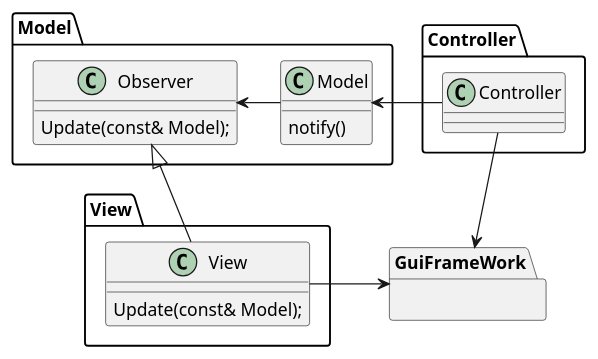
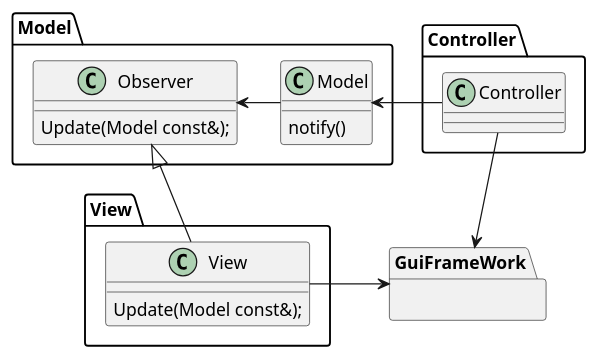
Before and after one commit to ichiroprogrammer/comprehensive_cpp: the diagram in plant_uml/arch_pkg_example.pu, drawn with PlantUML. The commit also changed 7 other files, not shown here.

```diff
--- a/plant_uml/arch_pkg_example.pu
+++ b/plant_uml/arch_pkg_example.pu
@@ -1,30 +1,30 @@
 @startuml
 package Model as ModelPkg {
     class Model {
         notify()
     }
 
     class Observer {
-        Update(const& Model);
+        Update(Model const&);
     }
 }
 
 package Controller as ControllerPkg {
     class Controller
 }
 
 package View as ViewPkg {
     class View {
-        Update(const& Model);
+        Update(Model const&);
     }
 }
 
 package GuiFrameWork { }
 
 View -up-|> Observer
 Model-left->Observer
 Controller->Model
 View->GuiFrameWork
 Controller->GuiFrameWork
 
 @enduml
```
